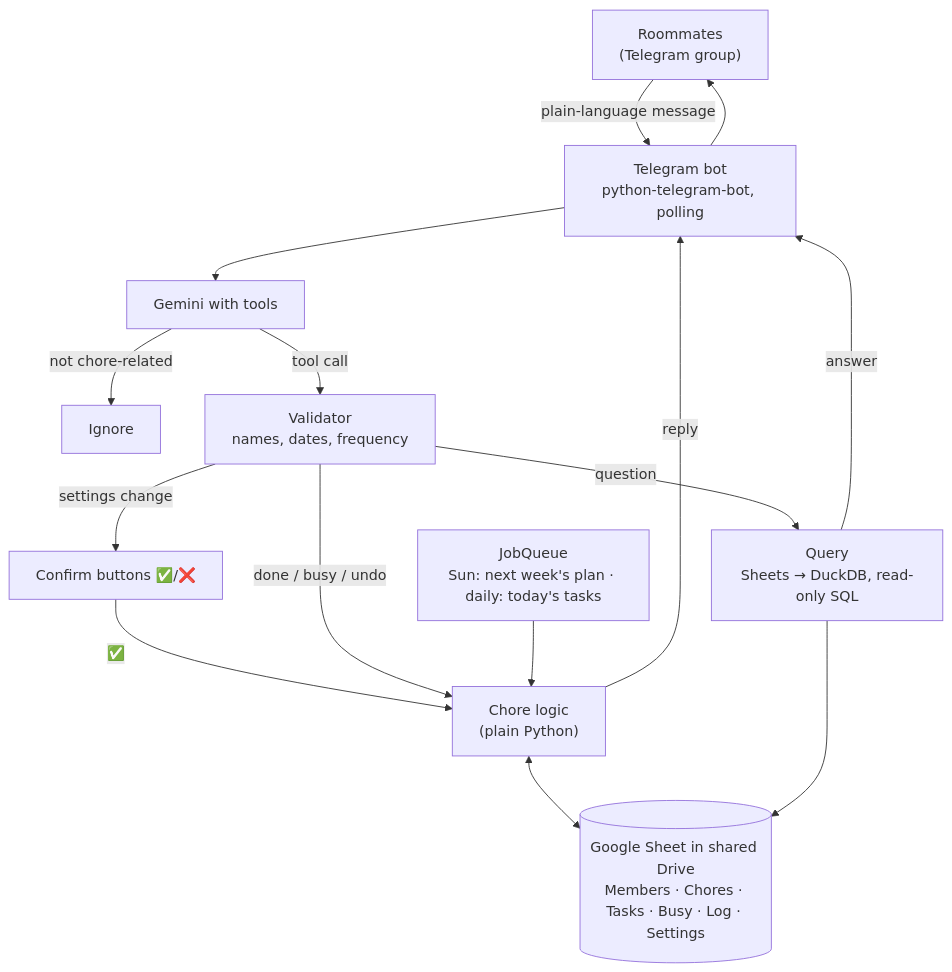
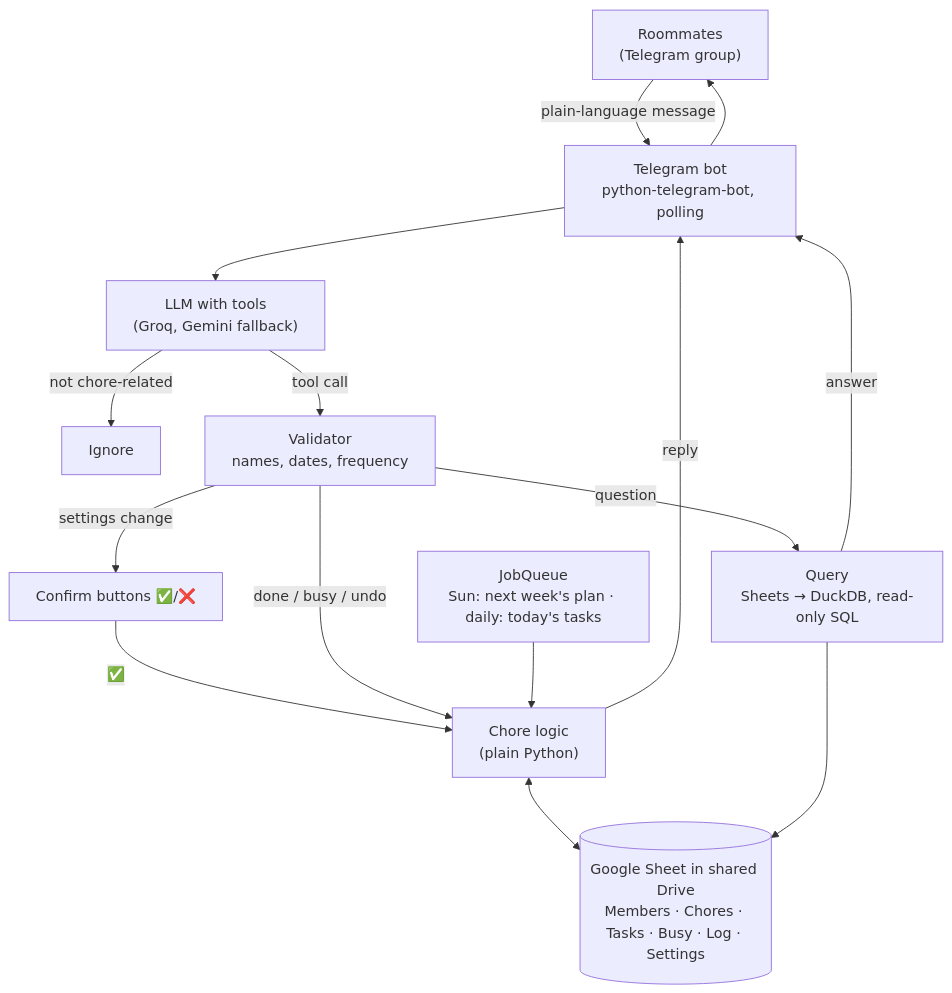
Before and after one commit to atharva9520-hub/choreographer: the diagram in README.md, drawn with Mermaid. The commit also changed other lines of this file and 5 other files, not shown here.

Commit message:
Add Groq provider with Gemini fallback

````diff
--- a/README.md
+++ b/README.md
@@ -12,17 +12,17 @@
 ```mermaid
 flowchart TD
     U["Roommates<br/>(Telegram group)"] -->|plain-language message| B["Telegram bot<br/>python-telegram-bot, polling"]
-    B --> L["Gemini with tools"]
+    B --> L["LLM with tools<br/>(Groq, Gemini fallback)"]
     L -->|not chore-related| X["Ignore"]
     L -->|tool call| V["Validator<br/>names, dates, frequency"]
     V -->|settings change| C["Confirm buttons ✅/❌"]
     C -->|✅| S
     V -->|done / busy / undo| S["Chore logic<br/>(plain Python)"]
     V -->|question| Q["Query<br/>Sheets → DuckDB, read-only SQL"]
     S <--> G[("Google Sheet in shared Drive<br/>Members · Chores · Tasks · Busy · Log · Settings")]
     Q --> G
     S -->|reply| B
     Q -->|answer| B
     J["JobQueue<br/>Sun: next week's plan · daily: today's tasks"] --> S
     B --> U
 ```
````
